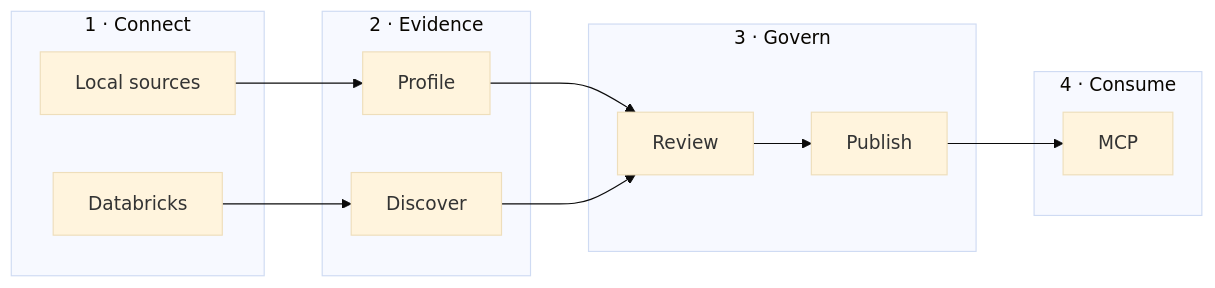
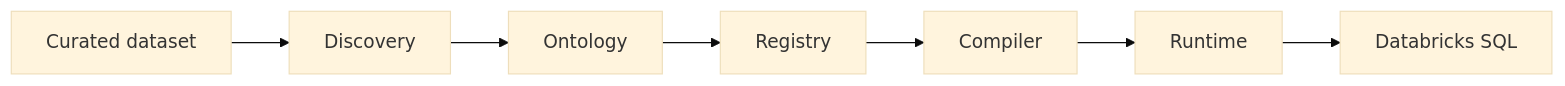
The second of 2 diagrams in README.md (trybacked/anchor), drawn with Mermaid (base theme) before and after one commit. The commit also changed other lines of this file and 440 other files, not shown here.

Commit message:
Architecture & Ontology

````diff
--- a/README.md
+++ b/README.md
@@ -67,27 +70,9 @@
 ```mermaid
 flowchart LR
-  subgraph connect["1 · Connect"]
-    files["Local sources"]
-    warehouse["Databricks"]
-  end
-
-  subgraph evidence["2 · Evidence"]
-    profile["Profile"]
-    discover["Discover"]
-  end
-
-  subgraph govern["3 · Govern"]
-    review["Review"]
-    publish["Publish"]
-  end
-
-  subgraph consume["4 · Consume"]
-    mcp["MCP"]
-  end
-
-  files --> profile
-  warehouse --> discover
-  profile --> review
-  discover --> review
-  review --> publish --> mcp
+  dataset["Curated dataset"] --> discovery["Discovery"]
+  discovery --> ontology["Ontology"]
+  ontology --> registry["Registry"]
+  registry --> compiler["Compiler"]
+  compiler --> runtime["Runtime"]
+  runtime --> databricks["Databricks SQL"]
 ```
````
